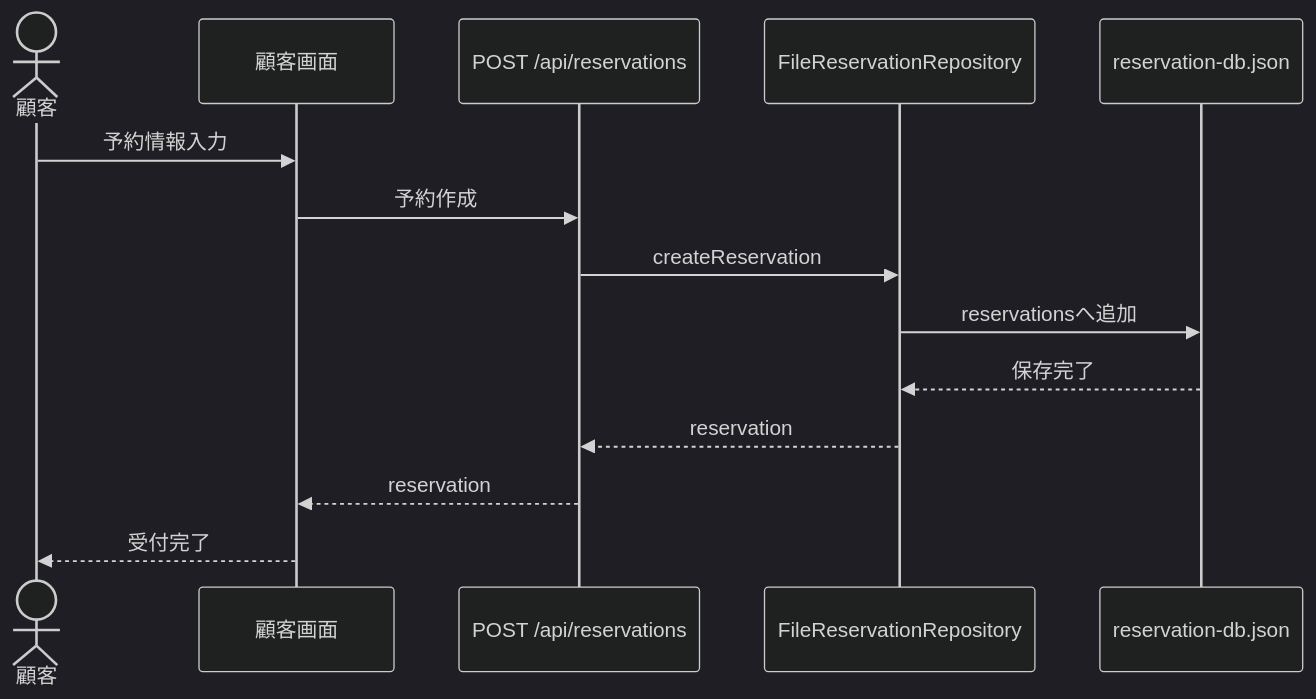
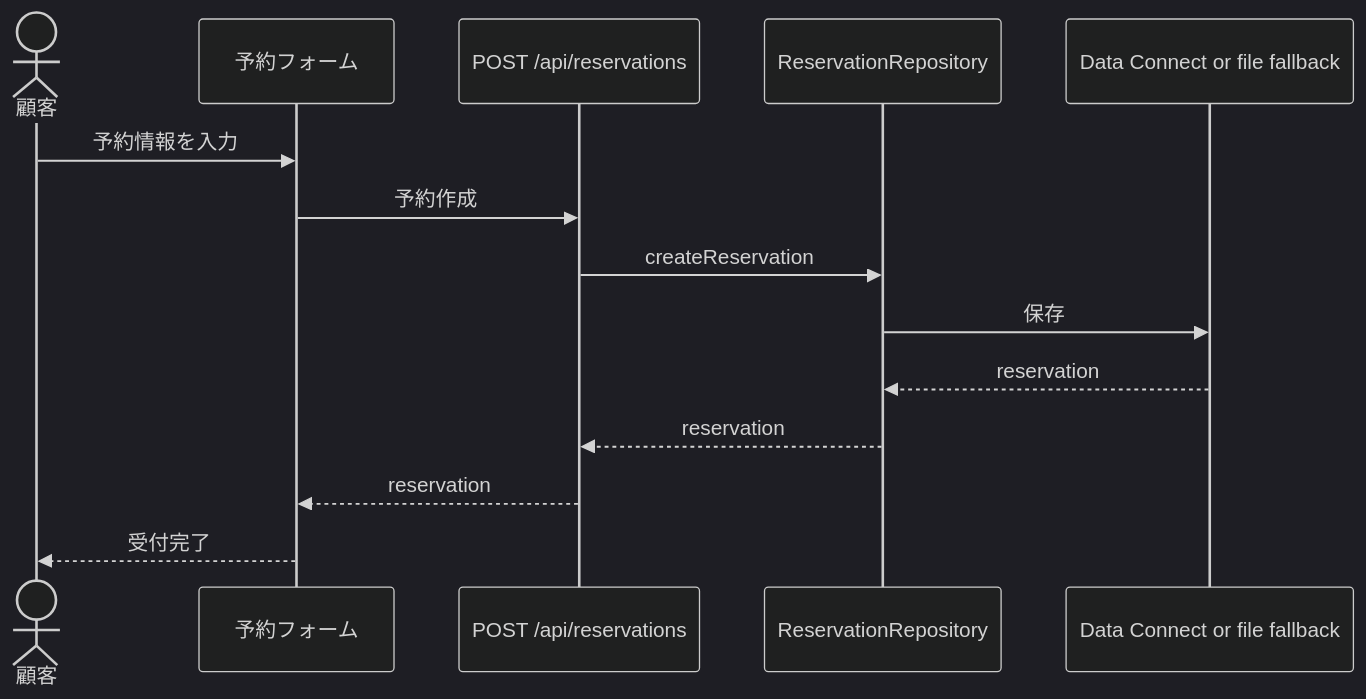
Before and after one commit to MichitaroNoge/reservation-system: the first of 2 diagrams in docs/06-business-flow.md, drawn with Mermaid (dark theme). The commit also changed other lines of this file and 42 other files, not shown here.

Commit message:
Move persistence to Firebase Data Connect

````diff
--- a/docs/06-business-flow.md
+++ b/docs/06-business-flow.md
@@ -36,17 +23,17 @@
 ```mermaid
 sequenceDiagram
   actor Customer as 顧客
-  participant UI as 顧客画面
+  participant UI as 予約フォーム
   participant API as POST /api/reservations
-  participant Repo as FileReservationRepository
-  participant DB as reservation-db.json
+  participant Repo as ReservationRepository
+  participant DB as Data Connect or file fallback
 
-  Customer->>UI: 予約情報入力
+  Customer->>UI: 予約情報を入力
   UI->>API: 予約作成
   API->>Repo: createReservation
-  Repo->>DB: reservationsへ追加
-  DB-->>Repo: 保存完了
+  Repo->>DB: 保存
+  DB-->>Repo: reservation
   Repo-->>API: reservation
   API-->>UI: reservation
   UI-->>Customer: 受付完了
 ```
````
